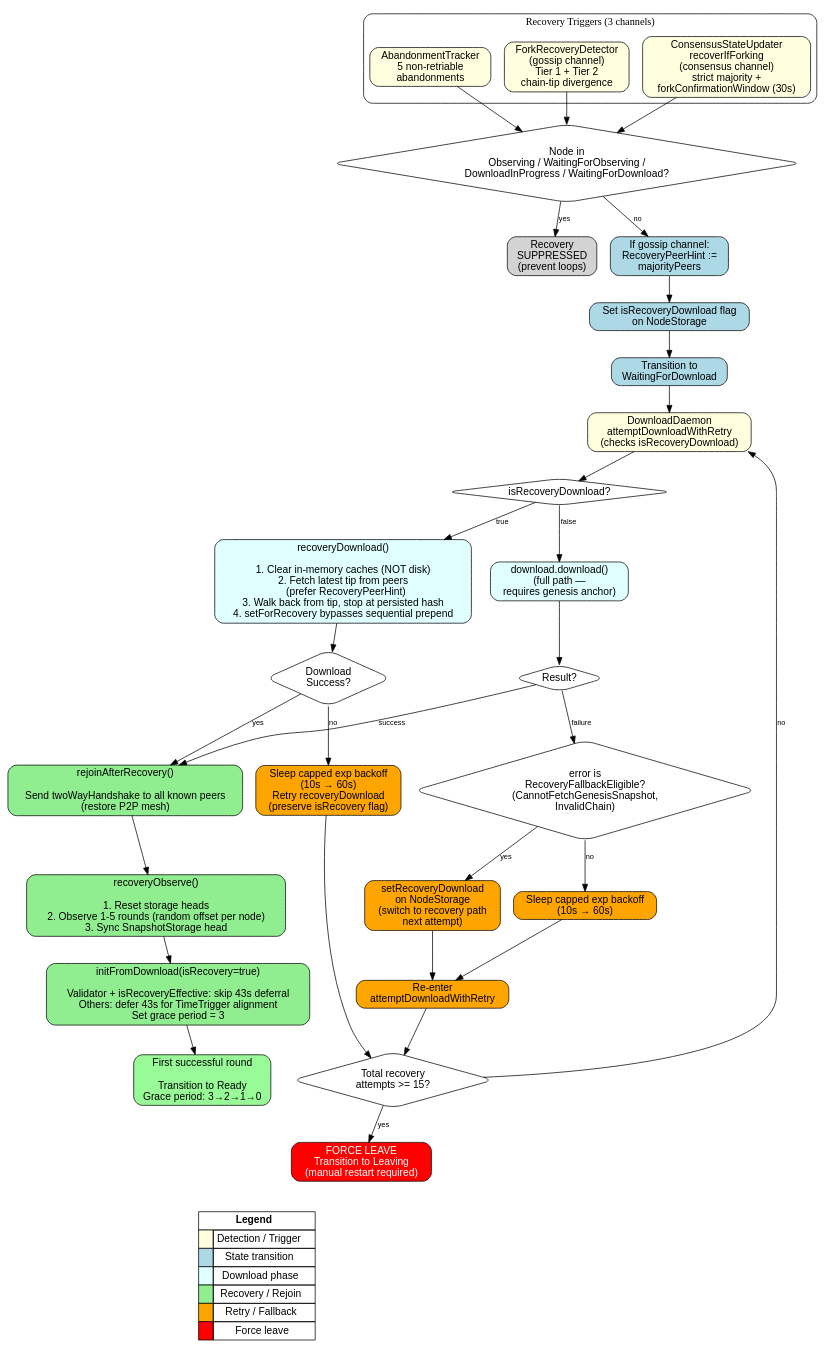
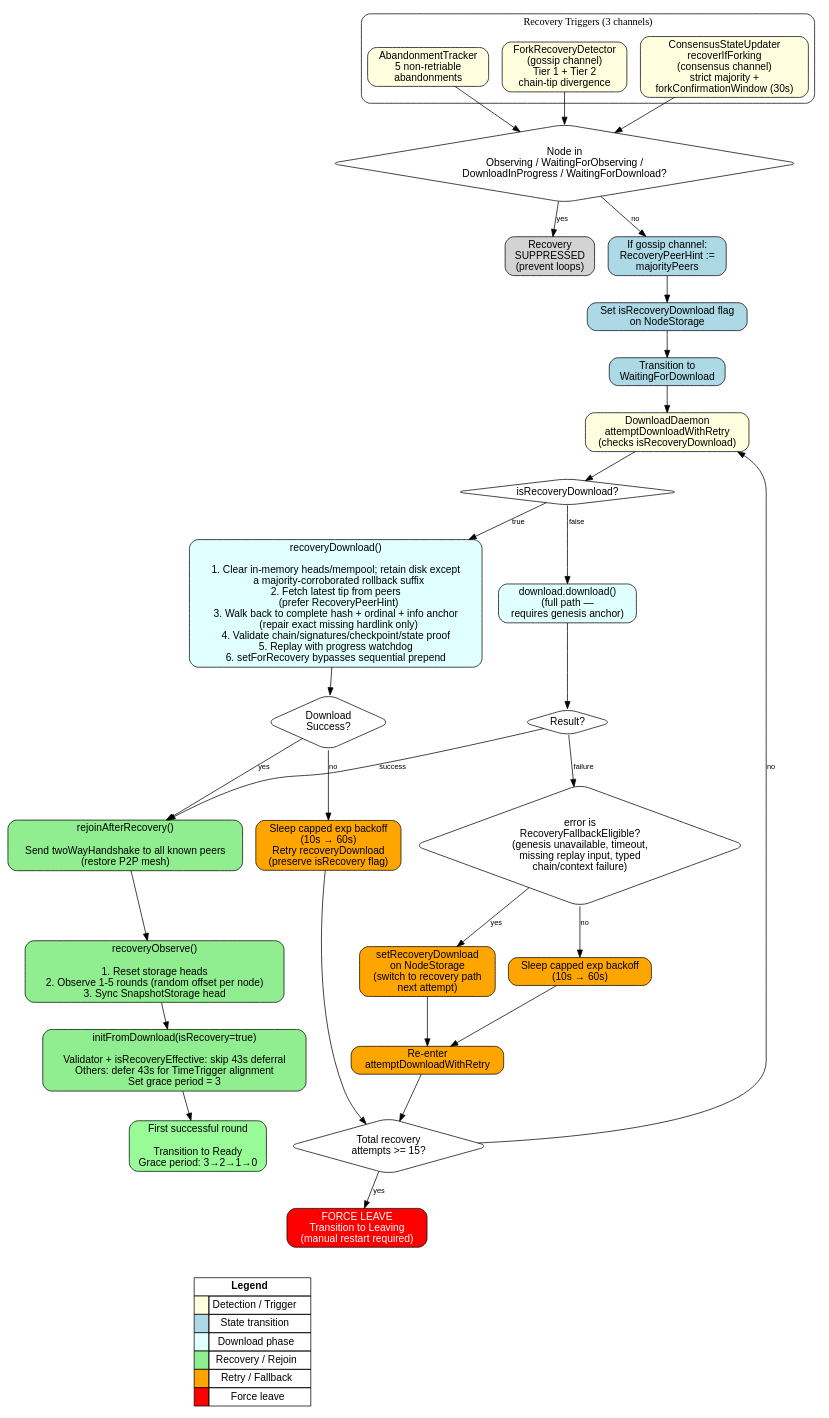
The diagram in docs/consensus/diagrams/recovery-decision-tree.dot (Constellation-Labs/tessellation), drawn with Graphviz before and after one commit. The commit also changed 569 other files, not shown here.

```diff
--- a/docs/consensus/diagrams/recovery-decision-tree.dot
+++ b/docs/consensus/diagrams/recovery-decision-tree.dot
@@ -1,129 +1,129 @@
 // Recovery Decision Tree
 // Render: dot -Tpng recovery-decision-tree.dot -o recovery-decision-tree.png
 
 digraph RecoveryDecisionTree {
     rankdir=TB;
     node [shape=box, style=rounded, fontname="Helvetica"];
     edge [fontname="Helvetica", fontsize=10];
 
     // Triggers
     subgraph cluster_triggers {
         label="Recovery Triggers (3 channels)";
         style=rounded;
         fillcolor="lightyellow";
 
         AbandonTrigger [label="AbandonmentTracker\n5 non-retriable\nabandonments", style="rounded,filled", fillcolor="lightyellow"];
         ForkTrigger [label="ForkRecoveryDetector\n(gossip channel)\nTier 1 + Tier 2\nchain-tip divergence", style="rounded,filled", fillcolor="lightyellow"];
         ConsensusForkTrigger [label="ConsensusStateUpdater\nrecoverIfForking\n(consensus channel)\nstrict majority +\nforkConfirmationWindow (30s)", style="rounded,filled", fillcolor="lightyellow"];
     }
 
     // State guard
     StateGuard [shape=diamond, label="Node in\nObserving / WaitingForObserving /\nDownloadInProgress / WaitingForDownload?"];
 
     AbandonTrigger -> StateGuard;
     ForkTrigger -> StateGuard;
     ConsensusForkTrigger -> StateGuard;
 
     StateGuard -> Suppressed [label="yes"];
     Suppressed [label="Recovery\nSUPPRESSED\n(prevent loops)", style="rounded,filled", fillcolor="lightgray"];
 
     StateGuard -> SetHint [label="no"];
 
     // Fork-channel-only: store peer hint
     SetHint [label="If gossip channel:\nRecoveryPeerHint :=\nmajorityPeers", style="rounded,filled", fillcolor="lightblue"];
     SetHint -> SetFlag;
 
     // Recovery initiation
     SetFlag [label="Set isRecoveryDownload flag\non NodeStorage", style="rounded,filled", fillcolor="lightblue"];
 
     SetFlag -> Transition;
 
     Transition [label="Transition to\nWaitingForDownload", style="rounded,filled", fillcolor="lightblue"];
 
     Transition -> DownloadDaemon;
 
     // Download daemon path selection
     DownloadDaemon [label="DownloadDaemon\nattemptDownloadWithRetry\n(checks isRecoveryDownload)", style="rounded,filled", fillcolor="lightyellow"];
 
     DownloadDaemon -> PathChoice;
 
     PathChoice [shape=diamond, label="isRecoveryDownload?"];
 
     PathChoice -> RecoveryDownload [label="true"];
     PathChoice -> FullDownload [label="false"];
 
     // Full download with fallback switch
     FullDownload [label="download.download()\n(full path —\nrequires genesis anchor)", style="rounded,filled", fillcolor="lightcyan"];
     FullDownload -> FullResult;
 
     FullResult [shape=diamond, label="Result?"];
     FullResult -> Rejoin [label="success"];
     FullResult -> FallbackCheck [label="failure"];
 
-    FallbackCheck [shape=diamond, label="error is\nRecoveryFallbackEligible?\n(CannotFetchGenesisSnapshot,\nInvalidChain)"];
+    FallbackCheck [shape=diamond, label="error is\nRecoveryFallbackEligible?\n(genesis unavailable, timeout,\nmissing replay input, typed\nchain/context failure)"];
     FallbackCheck -> SetFallback [label="yes"];
     FallbackCheck -> RetryFull [label="no"];
 
     SetFallback [label="setRecoveryDownload\non NodeStorage\n(switch to recovery path\nnext attempt)", style="rounded,filled", fillcolor="orange"];
     SetFallback -> Backoff;
 
     RetryFull [label="Sleep capped exp backoff\n(10s → 60s)", style="rounded,filled", fillcolor="orange"];
     RetryFull -> Backoff;
     Backoff [label="Re-enter\nattemptDownloadWithRetry", style="rounded,filled", fillcolor="orange"];
     Backoff -> CheckTotalAttempts;
 
     // Recovery download steps
-    RecoveryDownload [label="recoveryDownload()\n\n1. Clear in-memory caches (NOT disk)\n2. Fetch latest tip from peers\n   (prefer RecoveryPeerHint)\n3. Walk back from tip, stop at persisted hash\n4. setForRecovery bypasses sequential prepend", style="rounded,filled", fillcolor="lightcyan"];
+    RecoveryDownload [label="recoveryDownload()\n\n1. Clear in-memory heads/mempool; retain disk except\n   a majority-corroborated rollback suffix\n2. Fetch latest tip from peers\n   (prefer RecoveryPeerHint)\n3. Walk back to complete hash + ordinal + info anchor\n   (repair exact missing hardlink only)\n4. Validate chain/signatures/checkpoint/state proof\n5. Replay with progress watchdog\n6. setForRecovery bypasses sequential prepend", style="rounded,filled", fillcolor="lightcyan"];
 
     RecoveryDownload -> DownloadResult;
 
     DownloadResult [shape=diamond, label="Download\nSuccess?"];
 
     DownloadResult -> Rejoin [label="yes"];
     DownloadResult -> RecoveryRetry [label="no"];
 
     RecoveryRetry [label="Sleep capped exp backoff\n(10s → 60s)\nRetry recoveryDownload\n(preserve isRecovery flag)", style="rounded,filled", fillcolor="orange"];
     RecoveryRetry -> CheckTotalAttempts;
 
     CheckTotalAttempts [shape=diamond, label="Total recovery\nattempts >= 15?"];
 
     CheckTotalAttempts -> ForceLeave [label="yes"];
     CheckTotalAttempts -> DownloadDaemon [label="no"];
 
     ForceLeave [label="FORCE LEAVE\nTransition to Leaving\n(manual restart required)", style="rounded,filled", fillcolor="red", fontcolor="white"];
 
     // Rejoin
     Rejoin [label="rejoinAfterRecovery()\n\nSend twoWayHandshake to all known peers\n(restore P2P mesh)", style="rounded,filled", fillcolor="lightgreen"];
 
     Rejoin -> RecoveryObserve;
 
     // Recovery observe
     RecoveryObserve [label="recoveryObserve()\n\n1. Reset storage heads\n2. Observe 1-5 rounds (random offset per node)\n3. Sync SnapshotStorage head", style="rounded,filled", fillcolor="lightgreen"];
 
     RecoveryObserve -> InitFromDownload;
 
     // Init from download
     InitFromDownload [label="initFromDownload(isRecovery=true)\n\nValidator + isRecoveryEffective: skip 43s deferral\nOthers: defer 43s for TimeTrigger alignment\nSet grace period = 3", style="rounded,filled", fillcolor="lightgreen"];
 
     InitFromDownload -> FirstRound;
 
     // First round
     FirstRound [label="First successful round\n\nTransition to Ready\nGrace period: 3→2→1→0", style="rounded,filled", fillcolor="palegreen"];
 
     // Legend — compact, at bottom
     Legend [shape=plaintext, label=<
         <TABLE BORDER="0" CELLBORDER="1" CELLSPACING="0" CELLPADDING="4">
         <TR><TD COLSPAN="2"><B>Legend</B></TD></TR>
         <TR><TD BGCOLOR="lightyellow">  </TD><TD>Detection / Trigger</TD></TR>
         <TR><TD BGCOLOR="lightblue">  </TD><TD>State transition</TD></TR>
         <TR><TD BGCOLOR="lightcyan">  </TD><TD>Download phase</TD></TR>
         <TR><TD BGCOLOR="lightgreen">  </TD><TD>Recovery / Rejoin</TD></TR>
         <TR><TD BGCOLOR="orange">  </TD><TD>Retry / Fallback</TD></TR>
         <TR><TD BGCOLOR="red">  </TD><TD>Force leave</TD></TR>
         </TABLE>
     >];
 
     // Force legend below the flow
     FirstRound -> Legend [style=invis];
     ForceLeave -> Legend [style=invis];
 }
```
